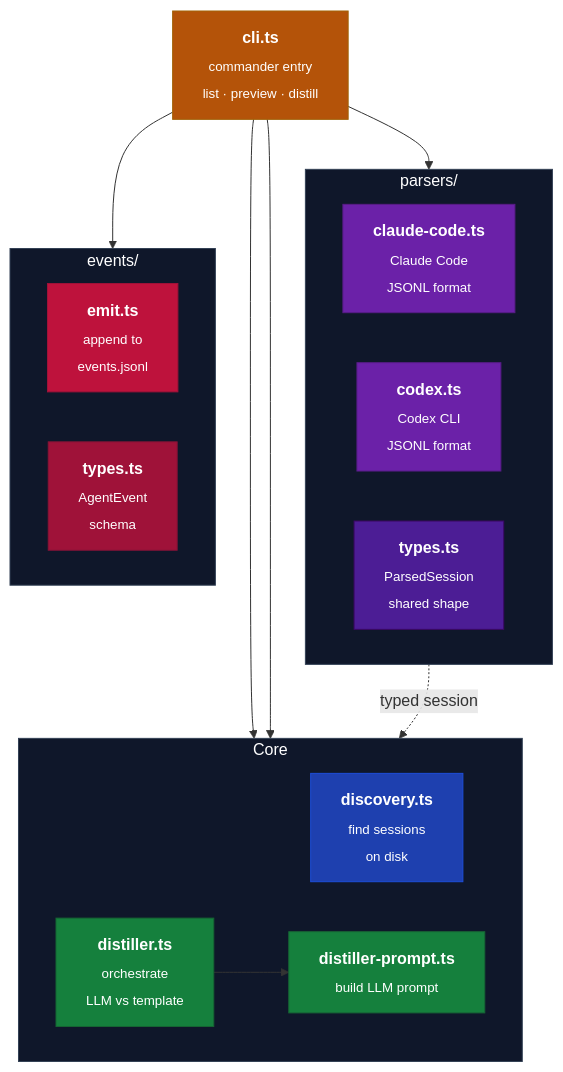
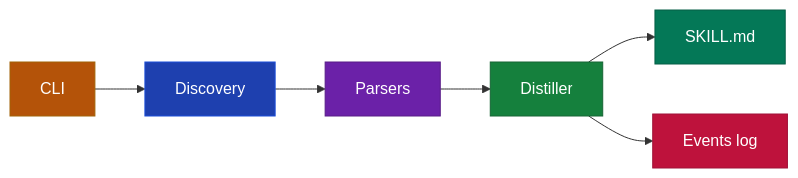
One commit to martin-minghetti/skillcam changed the third of 3 diagrams in README.md. Above: the diagram before and after it, drawn with Mermaid. The commit also changed other lines of this file, not shown here.

Commit message:
Simplify Project Structure section
Architecture diagram: ditch text-heavy subgraph nodes that truncated in the GitHub viewport. Replace with a minimal horizontal data-flow diagram showing CLI → Discovery → Parsers → Distiller → output.

File tree: replace ASCII tree with a grouped table (Layer / File / Purpose). Searchable, compact, readable on mobile.

````diff
--- a/README.md
+++ b/README.md
@@ -238,44 +240,15 @@
 ```mermaid
-flowchart TB
-    CLI["<b>cli.ts</b><br/><sub>commander entry<br/>list · preview · distill</sub>"]
-
-    subgraph CORE["Core"]
-        direction LR
-        DISCOVERY["<b>discovery.ts</b><br/><sub>find sessions<br/>on disk</sub>"]
-        DISTILLER["<b>distiller.ts</b><br/><sub>orchestrate<br/>LLM vs template</sub>"]
-        PROMPT["<b>distiller-prompt.ts</b><br/><sub>build LLM prompt</sub>"]
-    end
-
-    subgraph PARSERS["parsers/"]
-        direction LR
-        CLAUDE["<b>claude-code.ts</b><br/><sub>Claude Code<br/>JSONL format</sub>"]
-        CODEX["<b>codex.ts</b><br/><sub>Codex CLI<br/>JSONL format</sub>"]
-        PTYPES["<b>types.ts</b><br/><sub>ParsedSession<br/>shared shape</sub>"]
-    end
-
-    subgraph EVENTS["events/"]
-        direction LR
-        EMIT["<b>emit.ts</b><br/><sub>append to<br/>events.jsonl</sub>"]
-        ETYPES["<b>types.ts</b><br/><sub>AgentEvent<br/>schema</sub>"]
-    end
-
-    CLI --> DISCOVERY
-    CLI --> PARSERS
-    CLI --> DISTILLER
-    CLI --> EMIT
-    DISTILLER --> PROMPT
-    PARSERS -.->|typed session| DISTILLER
+flowchart LR
+    CLI["CLI"] --> DISC["Discovery"]
+    DISC --> PARSE["Parsers"]
+    PARSE --> DIST["Distiller"]
+    DIST --> OUT["SKILL.md"]
+    DIST --> EV["Events log"]
 
     style CLI fill:#b45309,stroke:#a16207,color:#fff
-    style DISCOVERY fill:#1e40af,stroke:#1d4ed8,color:#fff
-    style DISTILLER fill:#15803d,stroke:#166534,color:#fff
-    style PROMPT fill:#15803d,stroke:#166534,color:#fff
-    style CLAUDE fill:#6b21a8,stroke:#581c87,color:#fff
-    style CODEX fill:#6b21a8,stroke:#581c87,color:#fff
-    style PTYPES fill:#4c1d95,stroke:#3b0764,color:#fff
-    style EMIT fill:#be123c,stroke:#9f1239,color:#fff
-    style ETYPES fill:#9f1239,stroke:#881337,color:#fff
-    style CORE fill:#0f172a,stroke:#334155,color:#fff
-    style PARSERS fill:#0f172a,stroke:#334155,color:#fff
-    style EVENTS fill:#0f172a,stroke:#334155,color:#fff
+    style DISC fill:#1e40af,stroke:#1d4ed8,color:#fff
+    style PARSE fill:#6b21a8,stroke:#581c87,color:#fff
+    style DIST fill:#15803d,stroke:#166534,color:#fff
+    style OUT fill:#047857,stroke:#065f46,color:#fff
+    style EV fill:#be123c,stroke:#9f1239,color:#fff
 ```
````
